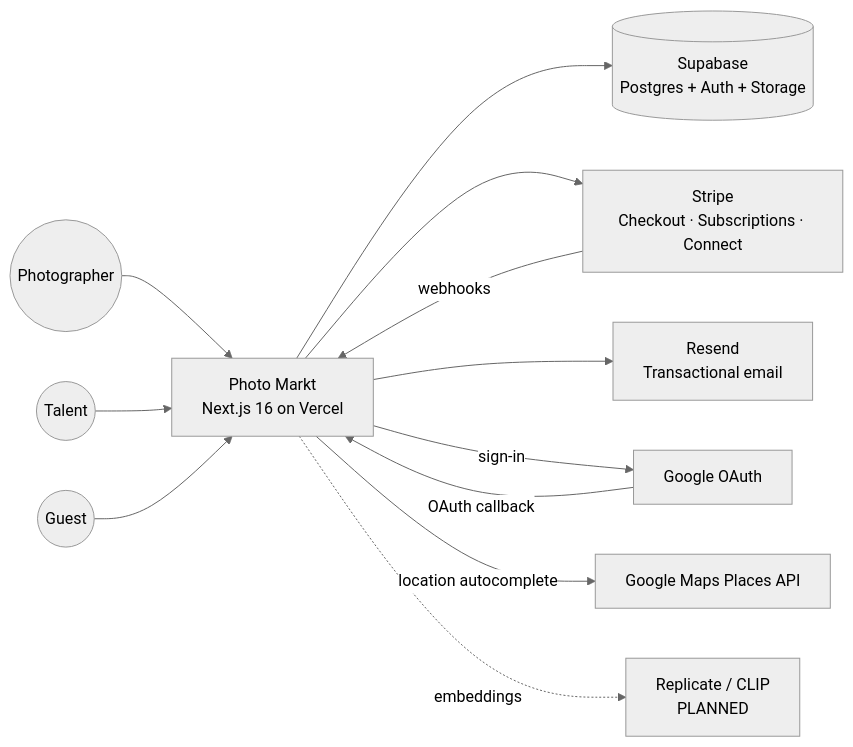
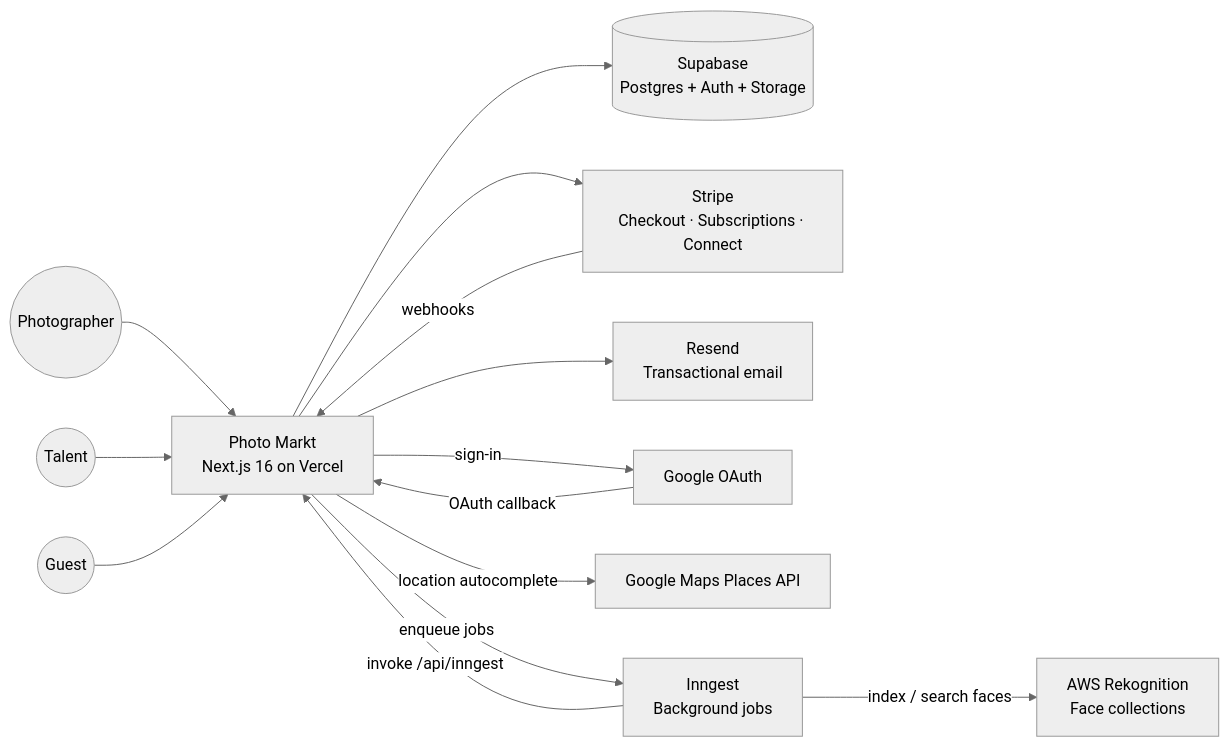
The first of 10 diagrams in ARCHITECTURE.md (mauvies/photo-markt), drawn with Mermaid (neutral theme) before and after one commit. The commit also changed other lines of this file and 8 other files, not shown here.

````diff
--- a/ARCHITECTURE.md
+++ b/ARCHITECTURE.md
@@ -22,29 +23,32 @@
 ```mermaid
 flowchart LR
   Photographer((Photographer))
   Talent((Talent))
   Guest((Guest))
 
   App["Photo Markt<br/>Next.js 16 on Vercel"]
 
   Supabase[("Supabase<br/>Postgres + Auth + Storage")]
   Stripe["Stripe<br/>Checkout · Subscriptions · Connect"]
   Resend["Resend<br/>Transactional email"]
   Google["Google OAuth"]
   GMaps["Google Maps Places API"]
-  Replicate["Replicate / CLIP<br/>PLANNED"]
+  Rekognition["AWS Rekognition<br/>Face collections"]
+  Inngest["Inngest<br/>Background jobs"]
 
   Photographer --> App
   Talent --> App
   Guest --> App
 
   App --> Supabase
   App --> Stripe
   App --> Resend
   App -->|sign-in| Google
   App -->|location autocomplete| GMaps
-  App -.->|embeddings| Replicate
+  App -->|enqueue jobs| Inngest
+  Inngest -->|index / search faces| Rekognition
 
   Stripe -->|webhooks| App
   Google -->|OAuth callback| App
+  Inngest -->|invoke /api/inngest| App
 ```
````
